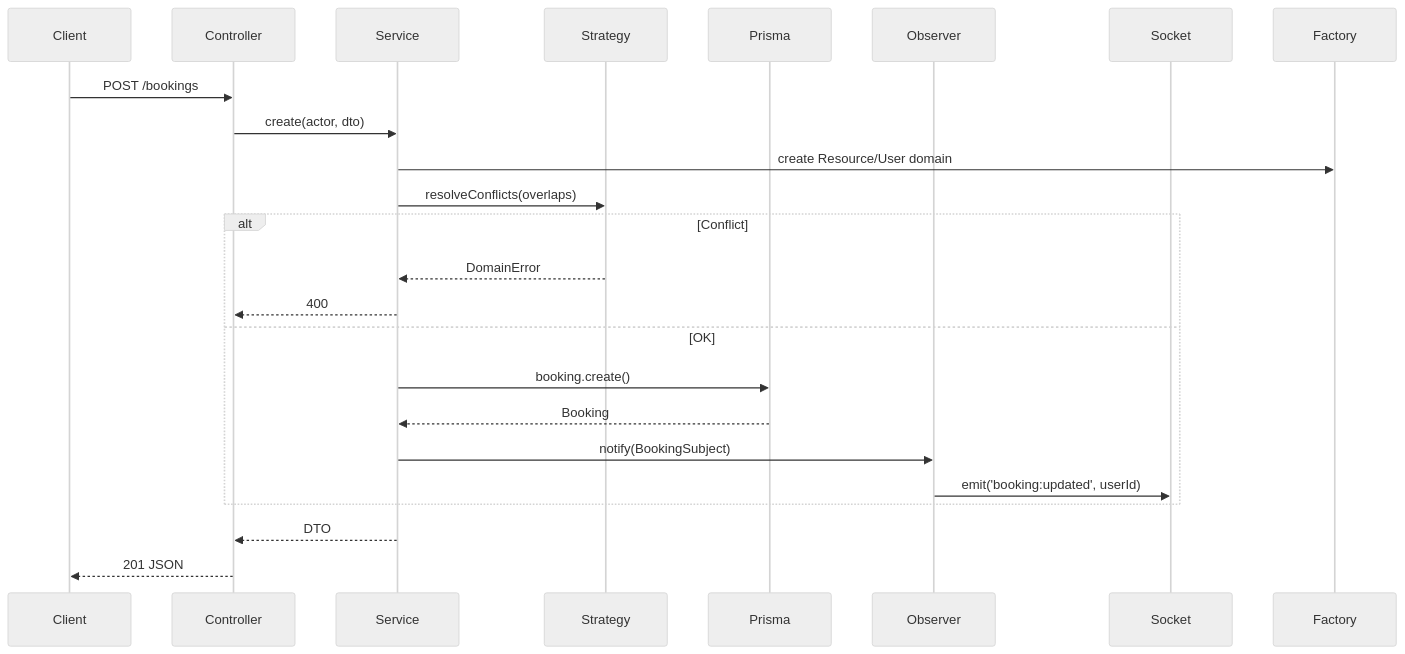
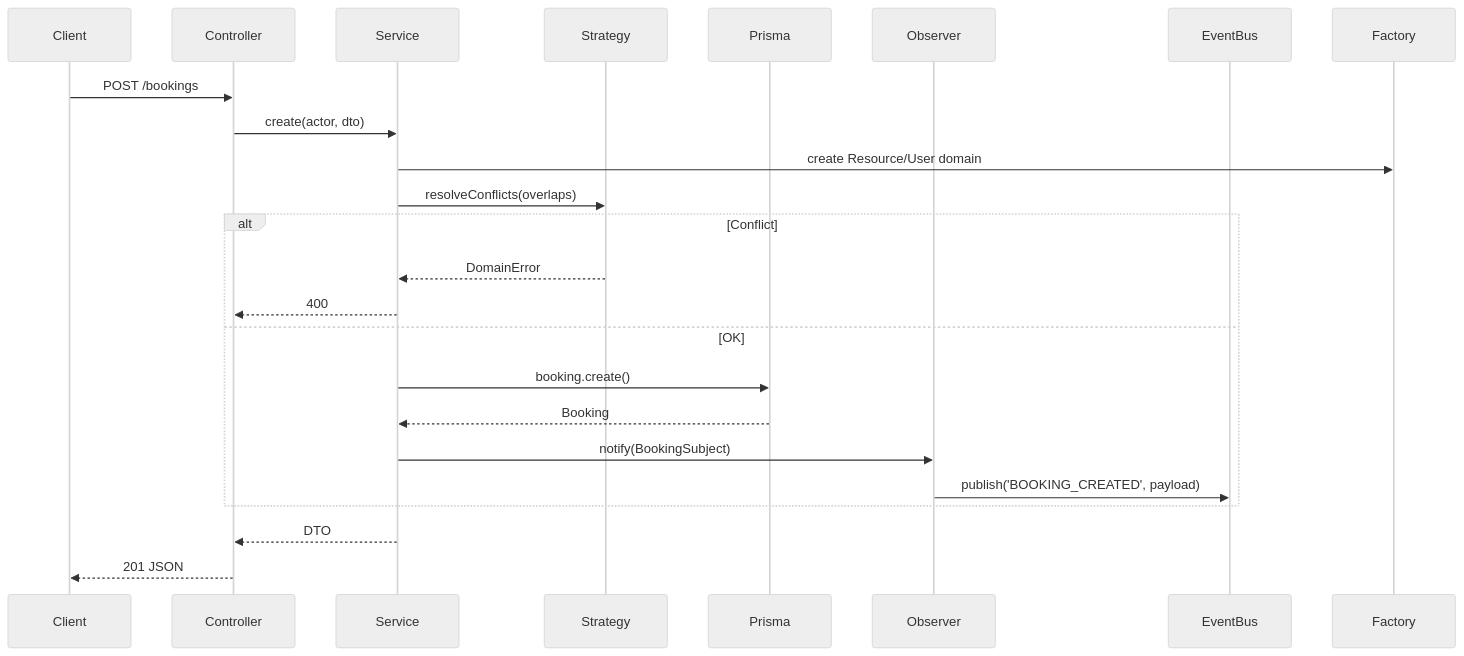
The first of 3 diagrams in README.md (ElusiveParadox/crms), drawn with Mermaid (neutral theme) before and after one commit. The commit also changed other lines of this file and 42 other files, not shown here.

Commit message:
feat: implement dashboard and authentication UI, add secure auth routes, and refactor backend event-driven architecture.

````diff
--- a/README.md
+++ b/README.md
@@ -57,25 +57,25 @@
 ```mermaid
 sequenceDiagram
     participant Client
     participant Controller
     participant Service
     participant Strategy
     participant Prisma
     participant Observer
-    participant Socket
+    participant EventBus
     Client->>Controller: POST /bookings
     Controller->>Service: create(actor, dto)
     Service->>Factory: create Resource/User domain
     Service->>Strategy: resolveConflicts(overlaps)
     alt Conflict
         Strategy-->>Service: DomainError
         Service-->>Controller: 400
     else OK
         Service->>Prisma: booking.create()
         Prisma-->>Service: Booking
         Service->>Observer: notify(BookingSubject)
-        Observer->>Socket: emit('booking:updated', userId)
+        Observer->>EventBus: publish('BOOKING_CREATED', payload)
     end
     Service-->>Controller: DTO
     Controller-->>Client: 201 JSON
 ```
````
